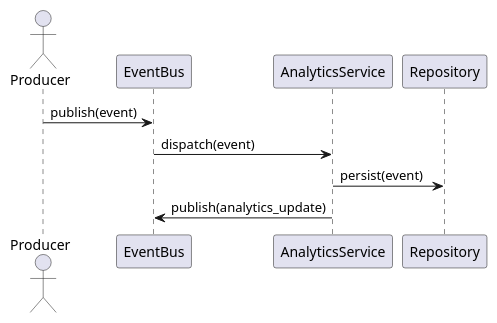
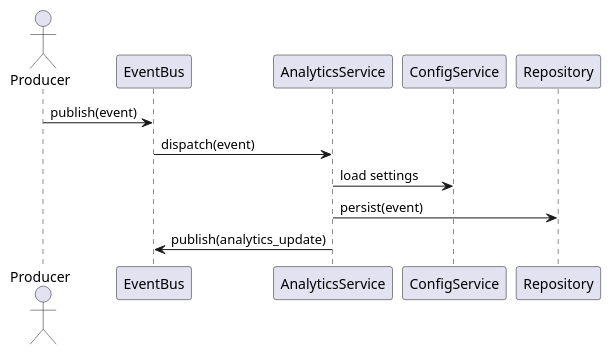
The diagram in docs/architecture/event_processing_sequence.puml (WSG23/yosai_intel_dashboard_fresh), drawn with PlantUML before and after one commit. The commit also changed 12 other files, not shown here.

Commit message:
Add migration guidance, ADR updates, UML diagrams and tests for core components

```diff
--- a/docs/architecture/event_processing_sequence.puml
+++ b/docs/architecture/event_processing_sequence.puml
@@ -1,11 +1,13 @@
 @startuml
 actor Producer
 participant "EventBus" as Bus
 participant "AnalyticsService" as Service
+participant "ConfigService" as Config
 participant "Repository" as Repo
 
 Producer -> Bus : publish(event)
 Bus -> Service : dispatch(event)
+Service -> Config : load settings
 Service -> Repo : persist(event)
 Service -> Bus : publish(analytics_update)
 @enduml
```
